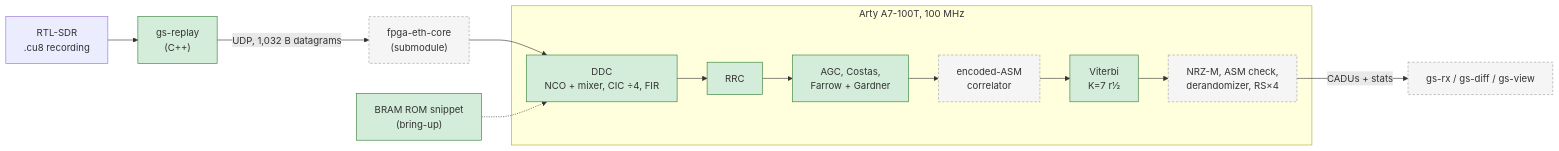
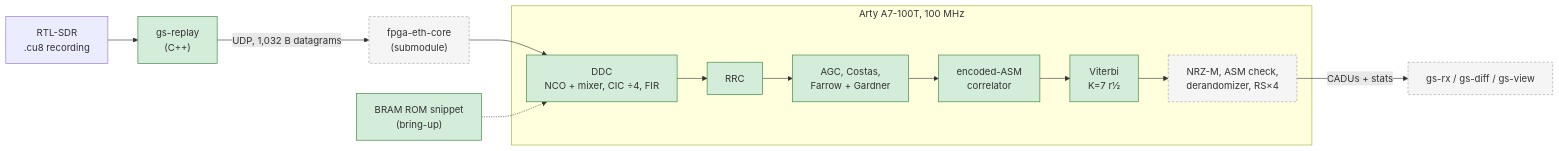
Before and after one commit to RodeanAzari/ccsds-meteor-lrpt-receiver: the diagram in README.md, drawn with Mermaid. The commit also changed other lines of this file and 17 other files, not shown here.

````diff
--- a/README.md
+++ b/README.md
@@ -80,19 +80,19 @@
 ```mermaid
 flowchart LR
     SDR["RTL-SDR<br/>.cu8 recording"] --> GSR["gs-replay<br/>(C++)"]
     GSR -- "UDP, 1,032 B datagrams" --> ETH["fpga-eth-core<br/>(submodule)"]
     ETH --> DDC
     ROM["BRAM ROM snippet<br/>(bring-up)"] -.-> DDC
     subgraph FPGA ["Arty A7-100T, 100 MHz"]
         DDC["DDC<br/>NCO + mixer, CIC ÷4, FIR"] --> RRC["RRC"]
         RRC --> SYNC["AGC, Costas,<br/>Farrow + Gardner"]
         SYNC --> FS["encoded-ASM<br/>correlator"]
         FS --> VIT["Viterbi<br/>K=7 r½"]
         VIT --> BACK["NRZ-M, ASM check,<br/>derandomizer, RS×4"]
     end
     BACK -- "CADUs + stats" --> GS["gs-rx / gs-diff / gs-view"]
     classDef done fill:#d4edda,stroke:#2e7d32;
     classDef todo fill:#f5f5f5,stroke:#9e9e9e,stroke-dasharray: 4 3;
-    class DDC,GSR,ROM,RRC,SYNC,VIT done;
-    class ETH,FS,BACK,GS todo;
+    class DDC,GSR,ROM,RRC,SYNC,FS,VIT done;
+    class ETH,BACK,GS todo;
 ```
````
